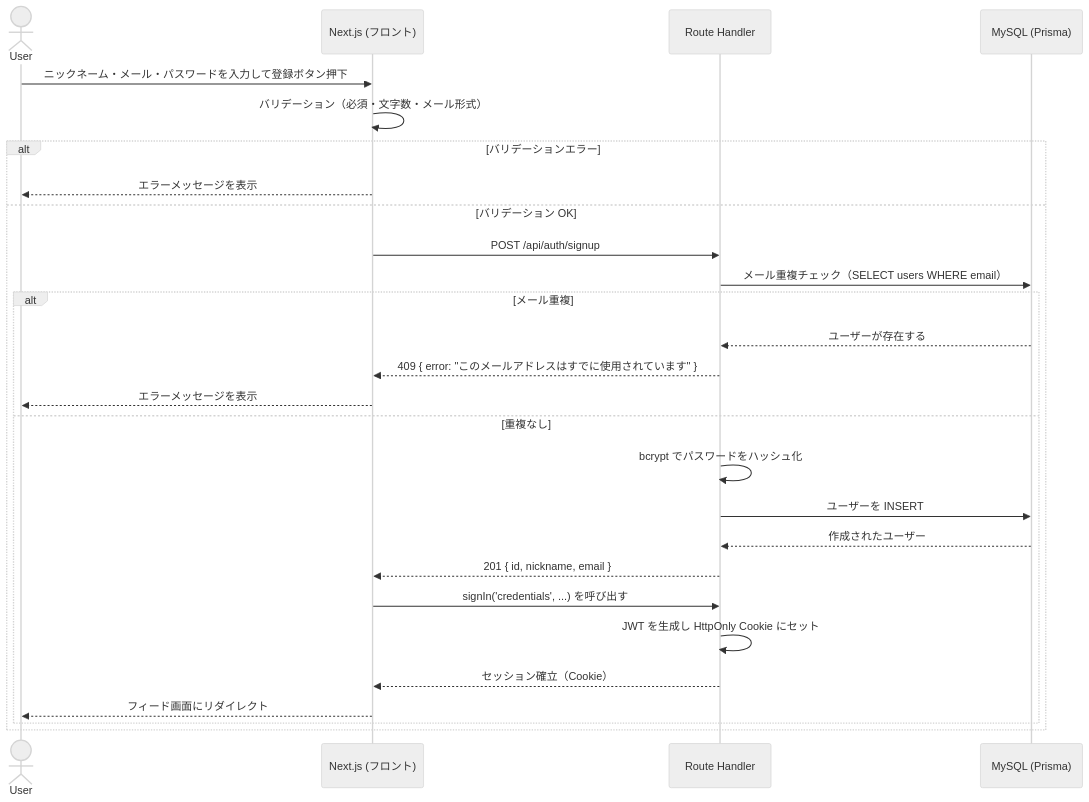
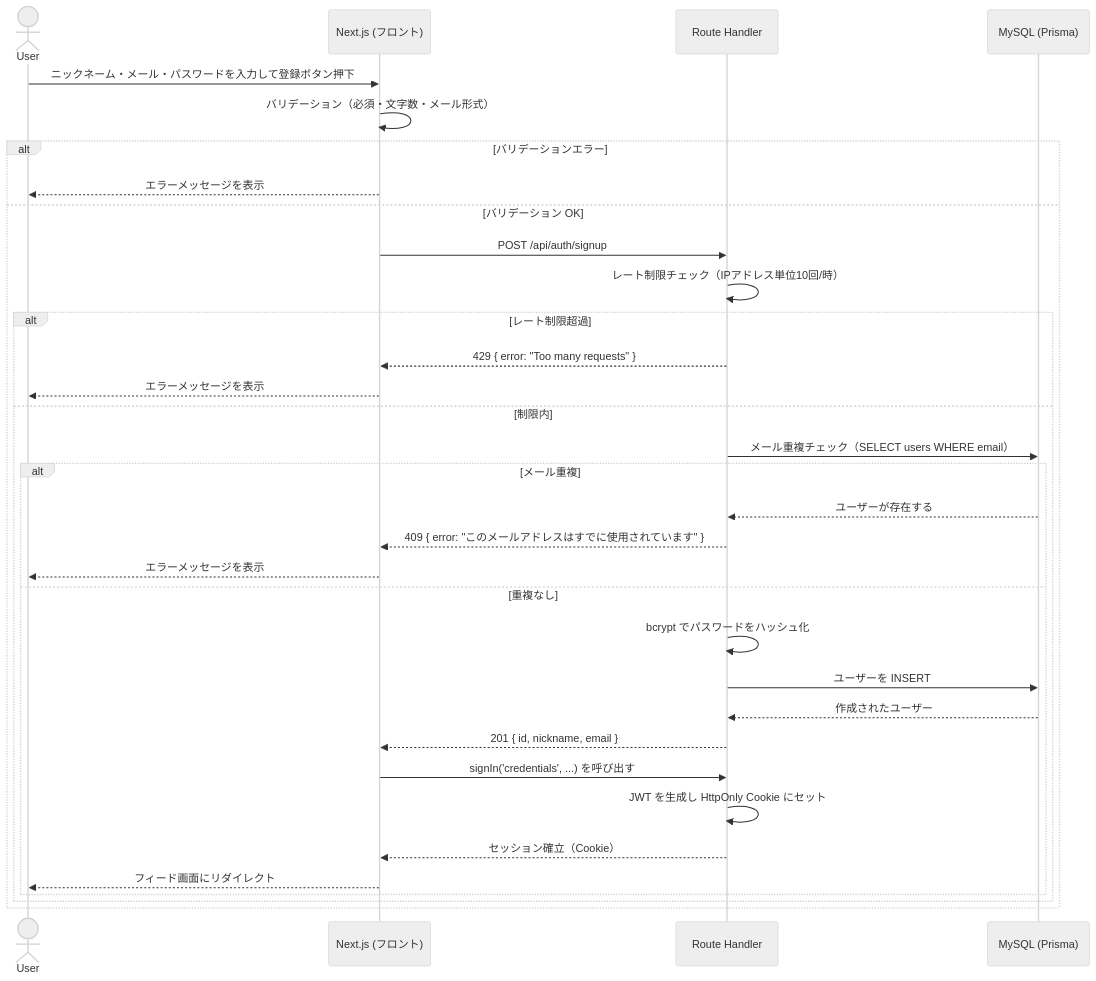
The first of 10 diagrams in docs/シーケンス図.md (saki-nakata/TripDiary), drawn with Mermaid (neutral theme) before and after one commit. The commit also changed other lines of this file and 54 other files, not shown here.

````diff
--- a/docs/シーケンス図.md
+++ b/docs/シーケンス図.md
@@ -27,30 +29,36 @@
 ```mermaid
 sequenceDiagram
     actor User
     participant FE as Next.js (フロント)
     participant API as Route Handler
     participant DB as MySQL (Prisma)
 
     User->>FE: ニックネーム・メール・パスワードを入力して登録ボタン押下
     FE->>FE: バリデーション（必須・文字数・メール形式）
     alt バリデーションエラー
         FE-->>User: エラーメッセージを表示
     else バリデーション OK
         FE->>API: POST /api/auth/signup
+        API->>API: レート制限チェック（IPアドレス単位10回/時）
+        alt レート制限超過
+            API-->>FE: 429 { error: "Too many requests" }
+            FE-->>User: エラーメッセージを表示
+        else 制限内
         API->>DB: メール重複チェック（SELECT users WHERE email）
         alt メール重複
             DB-->>API: ユーザーが存在する
             API-->>FE: 409 { error: "このメールアドレスはすでに使用されています" }
             FE-->>User: エラーメッセージを表示
         else 重複なし
             API->>API: bcrypt でパスワードをハッシュ化
             API->>DB: ユーザーを INSERT
             DB-->>API: 作成されたユーザー
             API-->>FE: 201 { id, nickname, email }
             FE->>API: signIn('credentials', ...) を呼び出す
             API->>API: JWT を生成し HttpOnly Cookie にセット
             API-->>FE: セッション確立（Cookie）
             FE-->>User: フィード画面にリダイレクト
         end
+        end
     end
 ```
````
